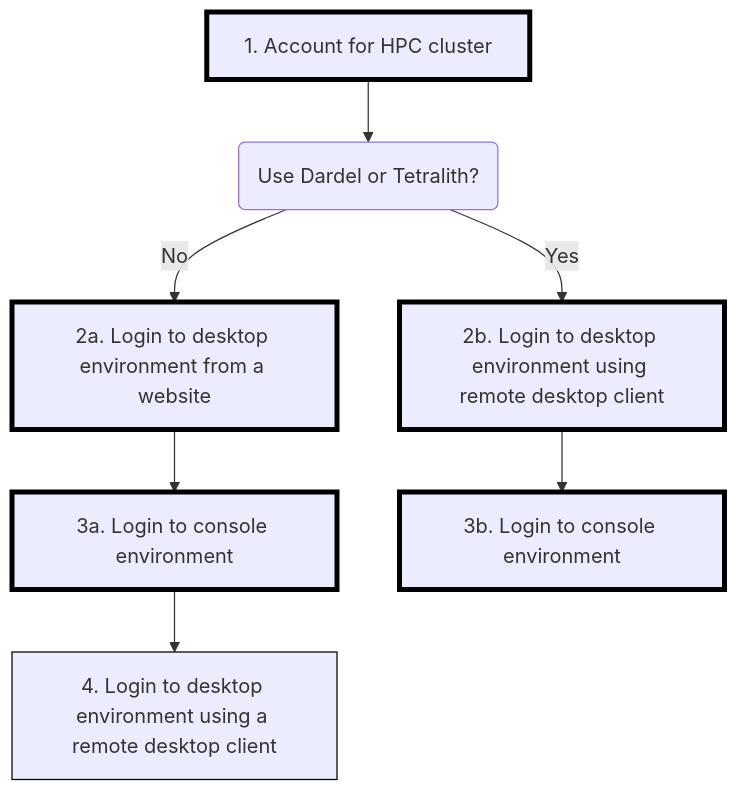
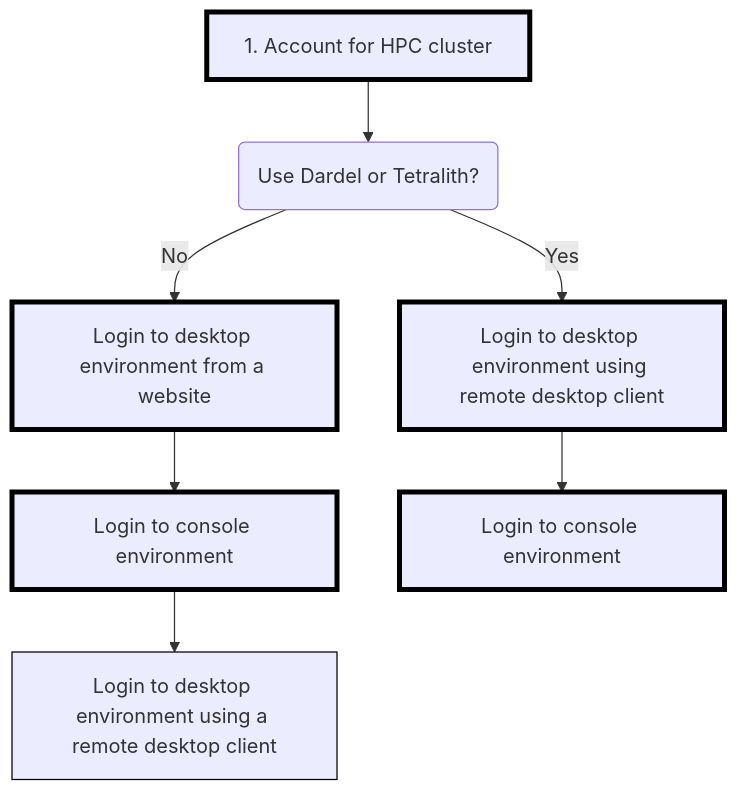
One commit to UPPMAX/naiss_file_transfer_course changed the diagram in docs/sessions/intro_connect/README.md. Above: the diagram before and after it, drawn with Mermaid. The commit also changed other lines of this file, not shown here.

Commit message:
Add caption

````diff
--- a/docs/sessions/intro_connect/README.md
+++ b/docs/sessions/intro_connect/README.md
@@ -45,24 +45,24 @@
 ```mermaid
 flowchart TD
 
   classDef always stroke:#000,stroke-width:4px;
   classDef optional stroke:#000,stroke-width:1px;
 
   use_dardel_or_tetralith(Use Dardel or Tetralith?)
   account[1. Account for HPC cluster]:::always
-  login_desktop_website_no[2a. Login to desktop environment from a website]:::always
-  login_console_no[3a. Login to console environment]:::always
-  login_desktop_tool_no[4. Login to desktop environment using a remote desktop client]:::optional
+  login_desktop_website_no[Login to desktop environment from a website]:::always
+  login_console_no[Login to console environment]:::always
+  login_desktop_tool_no[Login to desktop environment using a remote desktop client]:::optional
 
-  login_console_yes[3b. Login to console environment]:::always
-  login_desktop_tool_yes[2b. Login to desktop environment using remote desktop client]:::always
+  login_console_yes[Login to console environment]:::always
+  login_desktop_tool_yes[Login to desktop environment using remote desktop client]:::always
 
 
   account --> use_dardel_or_tetralith
   use_dardel_or_tetralith--> |No| login_desktop_website_no
   login_desktop_website_no --> login_console_no
   login_console_no --> login_desktop_tool_no
 
   use_dardel_or_tetralith--> |Yes| login_desktop_tool_yes
   login_desktop_tool_yes --> login_console_yes
 ```
````
